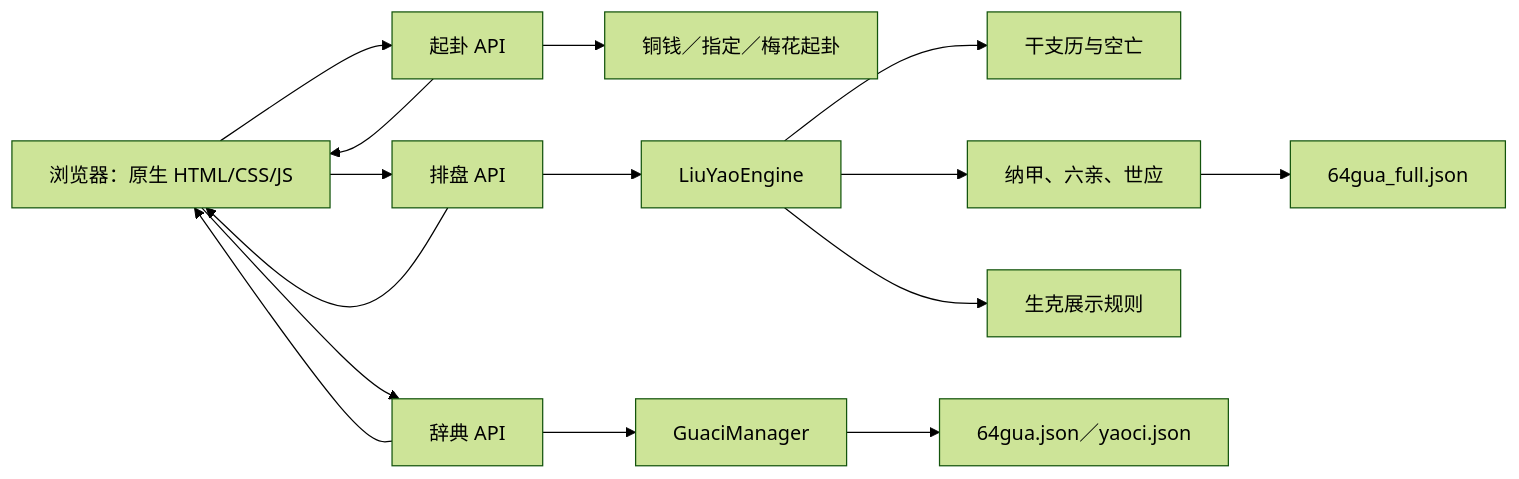
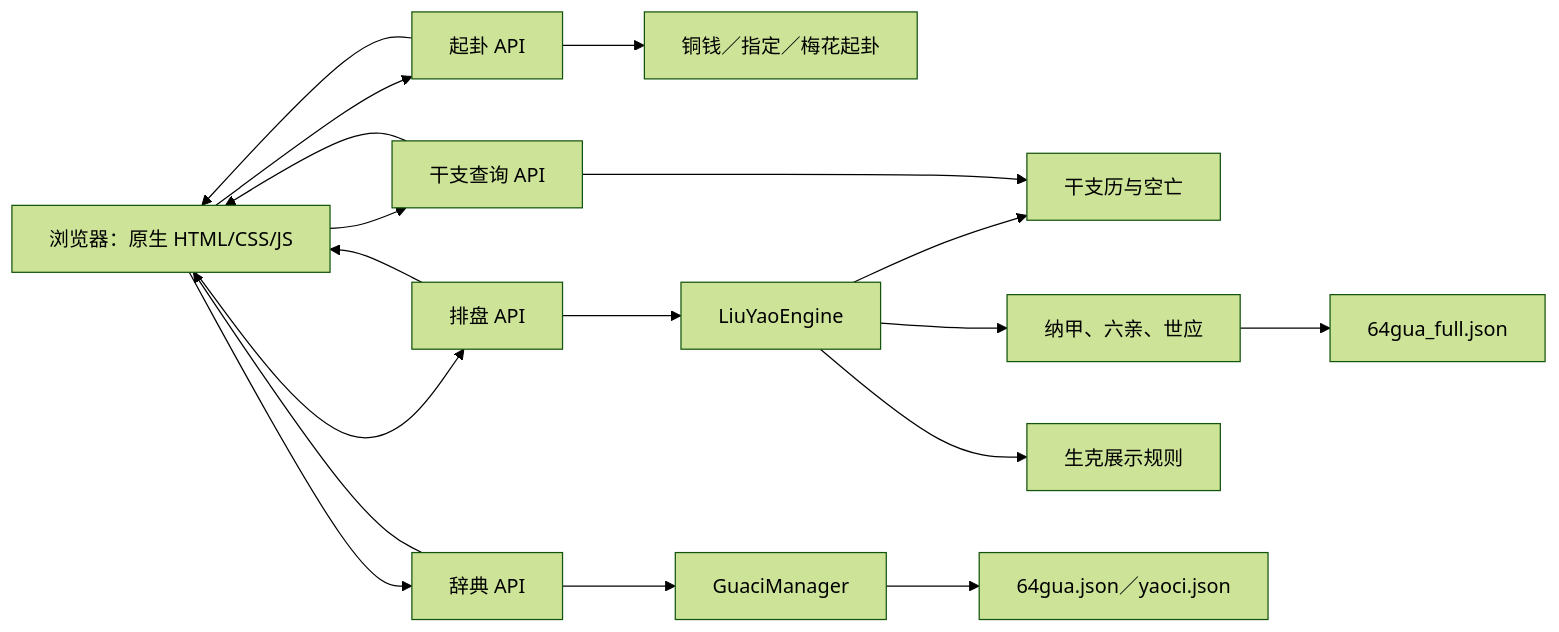
Before and after one commit to DemonAngela/liuyao_paipan: the diagram in docs/ARCHITECTURE.md, drawn with Mermaid (forest theme). The commit also changed other lines of this file and 15 other files, not shown here.

````diff
--- a/docs/ARCHITECTURE.md
+++ b/docs/ARCHITECTURE.md
@@ -5,17 +5,20 @@
 ```mermaid
 flowchart LR
     UI["浏览器：原生 HTML/CSS/JS"] --> Q["起卦 API"]
     UI --> P["排盘 API"]
     UI --> D["辞典 API"]
+    UI --> A["干支查询 API"]
     Q --> M["铜钱／指定／梅花起卦"]
     P --> E["LiuYaoEngine"]
     E --> G["干支历与空亡"]
+    A --> G
     E --> N["纳甲、六亲、世应"]
     E --> R["生克展示规则"]
     N --> T["64gua_full.json"]
     D --> C["GuaciManager"]
     C --> J["64gua.json／yaoci.json"]
     Q --> UI
     P --> UI
     D --> UI
+    A --> UI
 ```
````
